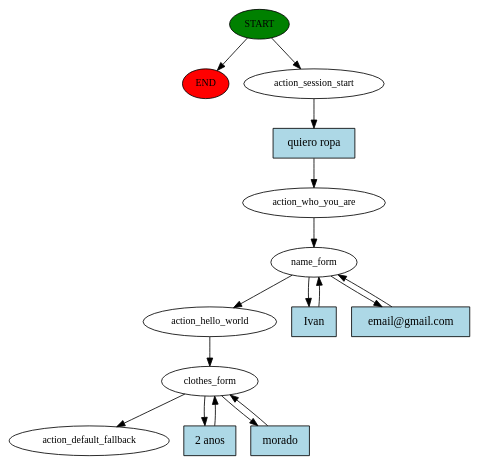
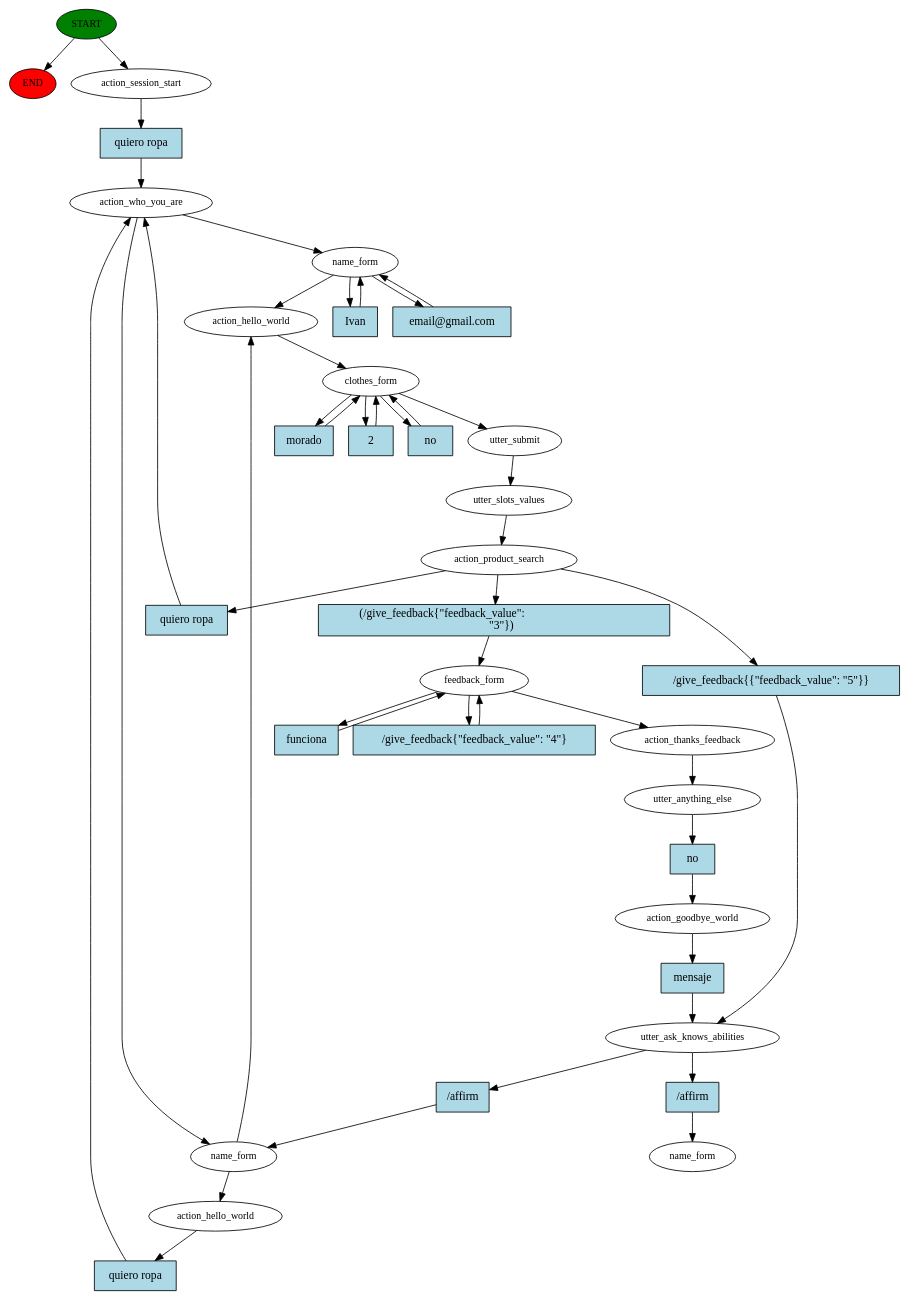
Before and after one commit to kabirivan/Ecommerce-Assistant-Jasmine: the diagram in story_graph.dot, drawn with Graphviz. The commit also changed 4 other files, not shown here.

```diff
--- a/story_graph.dot
+++ b/story_graph.dot
@@ -1,31 +1,81 @@
 digraph  {
 0 [class="start active", fillcolor=green, fontsize=12, label=START, style=filled];
 "-1" [class=end, fillcolor=red, fontsize=12, label=END, style=filled];
 1 [class=active, fontsize=12, label=action_session_start];
 2 [class=active, fontsize=12, label=action_who_you_are];
 3 [class=active, fontsize=12, label=name_form];
 6 [class=active, fontsize=12, label=action_hello_world];
 7 [class=active, fontsize=12, label=clothes_form];
-12 [class="dashed active", fontsize=12, label=action_default_fallback];
-13 [class="intent active", fillcolor=lightblue, label="quiero ropa", shape=rect, style=filled];
-14 [class="intent active", fillcolor=lightblue, label=Ivan, shape=rect, style=filled];
-15 [class="intent active", fillcolor=lightblue, label="email@gmail.com", shape=rect, style=filled];
-16 [class="intent active", fillcolor=lightblue, label="2 anos", shape=rect, style=filled];
-17 [class="intent active", fillcolor=lightblue, label=morado, shape=rect, style=filled];
+12 [class=active, fontsize=12, label=utter_submit];
+13 [class=active, fontsize=12, label=utter_slots_values];
+14 [class=active, fontsize=12, label=action_product_search];
+15 [class=active, fontsize=12, label=utter_ask_knows_abilities];
+16 [class=active, fontsize=12, label=name_form];
+17 [class=active, fontsize=12, label=action_hello_world];
+40 [class=active, fontsize=12, label=feedback_form];
+43 [class=active, fontsize=12, label=action_thanks_feedback];
+44 [class=active, fontsize=12, label=utter_anything_else];
+45 [class=active, fontsize=12, label=action_goodbye_world];
+47 [class="dashed active", fontsize=12, label=name_form];
+48 [class="intent active", fillcolor=lightblue, label="quiero ropa", shape=rect, style=filled];
+49 [class="intent active", fillcolor=lightblue, label=Ivan, shape=rect, style=filled];
+50 [class="intent active", fillcolor=lightblue, label="email@gmail.com", shape=rect, style=filled];
+51 [class="intent active", fillcolor=lightblue, label=2, shape=rect, style=filled];
+52 [class="intent active", fillcolor=lightblue, label=no, shape=rect, style=filled];
+53 [class="intent active", fillcolor=lightblue, label=morado, shape=rect, style=filled];
+54 [class="intent active", fillcolor=lightblue, label="/give_feedback{{\"feedback_value\": \"5\"}}", shape=rect, style=filled];
+55 [class="intent active", fillcolor=lightblue, label="quiero ropa", shape=rect, style=filled];
+56 [class="intent active", fillcolor=lightblue, label="(/give_feedback{\"feedback_value\":                                    \n      \"3\"})", shape=rect, style=filled];
+57 [class="intent active", fillcolor=lightblue, label="/affirm", shape=rect, style=filled];
+58 [class="intent active", fillcolor=lightblue, label="/affirm", shape=rect, style=filled];
+59 [class="intent active", fillcolor=lightblue, label="quiero ropa", shape=rect, style=filled];
+60 [class="intent active", fillcolor=lightblue, label="/give_feedback{\"feedback_value\": \"4\"}", shape=rect, style=filled];
+61 [class="intent active", fillcolor=lightblue, label=funciona, shape=rect, style=filled];
+62 [class="intent active", fillcolor=lightblue, label=no, shape=rect, style=filled];
+63 [class="intent active", fillcolor=lightblue, label=mensaje, shape=rect, style=filled];
 0 -> "-1"  [class="", key=NONE, label=""];
 0 -> 1  [class=active, key=NONE, label=""];
-1 -> 13  [class=active, key=0];
+1 -> 48  [class=active, key=0];
 2 -> 3  [class=active, key=NONE, label=""];
+2 -> 16  [class=active, key=NONE, label=""];
 3 -> 6  [class=active, key=NONE, label=""];
-3 -> 14  [class=active, key=0];
-3 -> 15  [class=active, key=0];
+3 -> 49  [class=active, key=0];
+3 -> 50  [class=active, key=0];
 6 -> 7  [class=active, key=NONE, label=""];
 7 -> 12  [class=active, key=NONE, label=""];
-7 -> 16  [class=active, key=0];
-7 -> 17  [class=active, key=0];
-13 -> 2  [class=active, key=0];
-14 -> 3  [class=active, key=0];
-15 -> 3  [class=active, key=0];
-16 -> 7  [class=active, key=0];
-17 -> 7  [class=active, key=0];
+7 -> 51  [class=active, key=0];
+7 -> 52  [class=active, key=0];
+7 -> 53  [class=active, key=0];
+12 -> 13  [class=active, key=NONE, label=""];
+13 -> 14  [class=active, key=NONE, label=""];
+14 -> 54  [class=active, key=0];
+14 -> 55  [class=active, key=0];
+14 -> 56  [class=active, key=0];
+15 -> 57  [class=active, key=0];
+15 -> 58  [class=active, key=0];
+16 -> 17  [class=active, key=NONE, label=""];
+16 -> 6  [class=active, key=NONE, label=""];
+17 -> 59  [class=active, key=0];
+40 -> 43  [class=active, key=NONE, label=""];
+40 -> 60  [class=active, key=0];
+40 -> 61  [class=active, key=0];
+43 -> 44  [class=active, key=NONE, label=""];
+44 -> 62  [class=active, key=0];
+45 -> 63  [class=active, key=0];
+48 -> 2  [class=active, key=0];
+49 -> 3  [class=active, key=0];
+50 -> 3  [class=active, key=0];
+51 -> 7  [class=active, key=0];
+52 -> 7  [class=active, key=0];
+53 -> 7  [class=active, key=0];
+54 -> 15  [class=active, key=0];
+55 -> 2  [class=active, key=0];
+56 -> 40  [class=active, key=0];
+57 -> 16  [class=active, key=0];
+58 -> 47  [class=active, key=0];
+59 -> 2  [class=active, key=0];
+60 -> 40  [class=active, key=0];
+61 -> 40  [class=active, key=0];
+62 -> 45  [class=active, key=0];
+63 -> 15  [class=active, key=0];
 }
```
